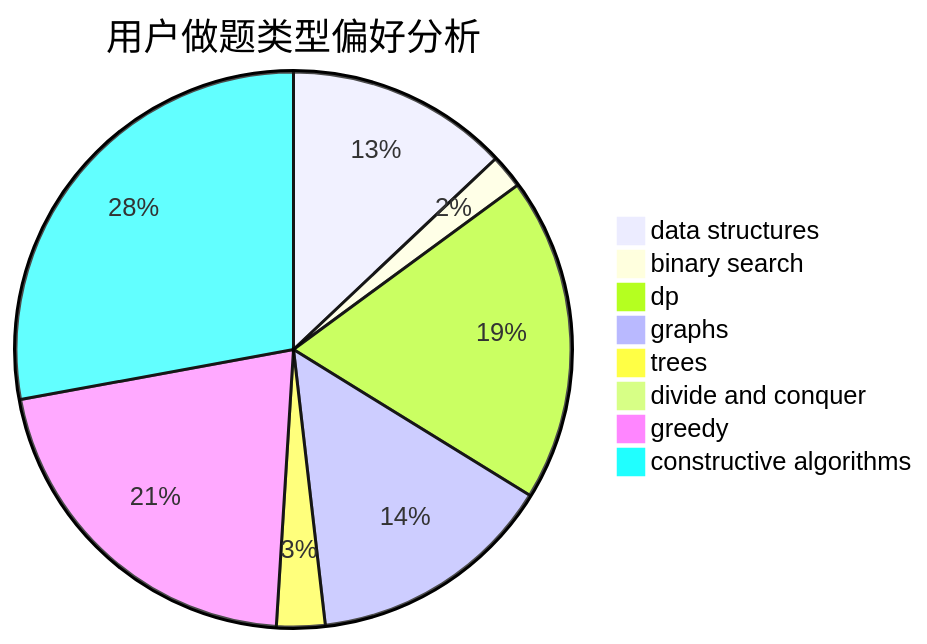
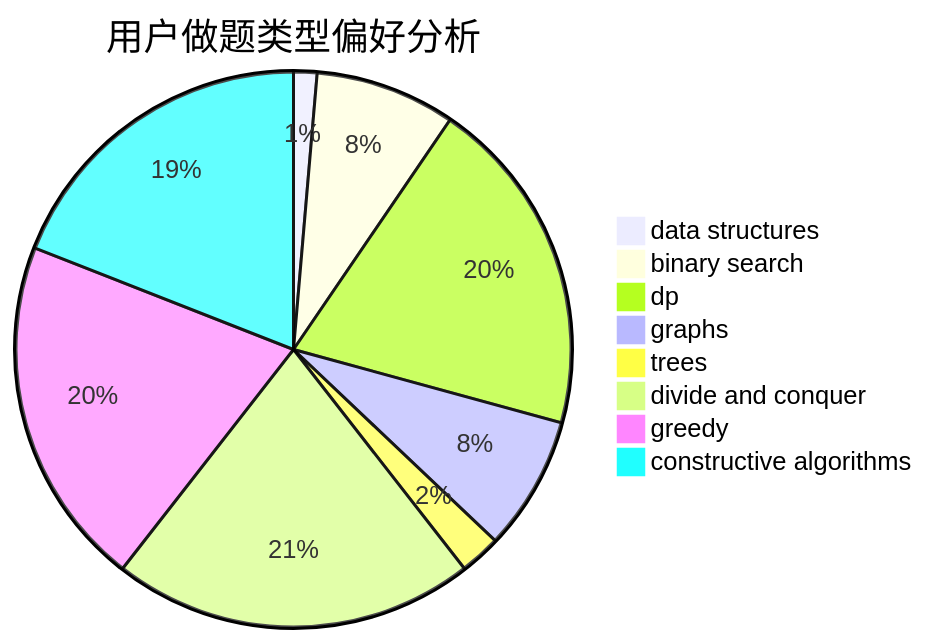
One commit to sherpahu/cfrs.github.io changed the second of 3 diagrams in docs/user/u1780.md. Above: the diagram before and after it, drawn with Mermaid. The commit also changed other lines of this file and 2770 other files, not shown here.

````diff
--- a/docs/user/u1780.md
+++ b/docs/user/u1780.md
@@ -23,11 +23,11 @@
 ```mermaid
 pie title 用户做题类型偏好分析
-    "data structures" :  46
-    "binary search" :  7
-    "dp" :  67
-    "graphs" :  51
-    "trees" :  10
-    "divide and conquer" :  0
-    "greedy" :  75
-    "constructive algorithms" :  99
+    "data structures" :  4
+    "binary search" :  24
+    "dp" :  58
+    "graphs" :  23
+    "trees" :  7
+    "divide and conquer" :  62
+    "greedy" :  60
+    "constructive algorithms" :  56
 ```
````
